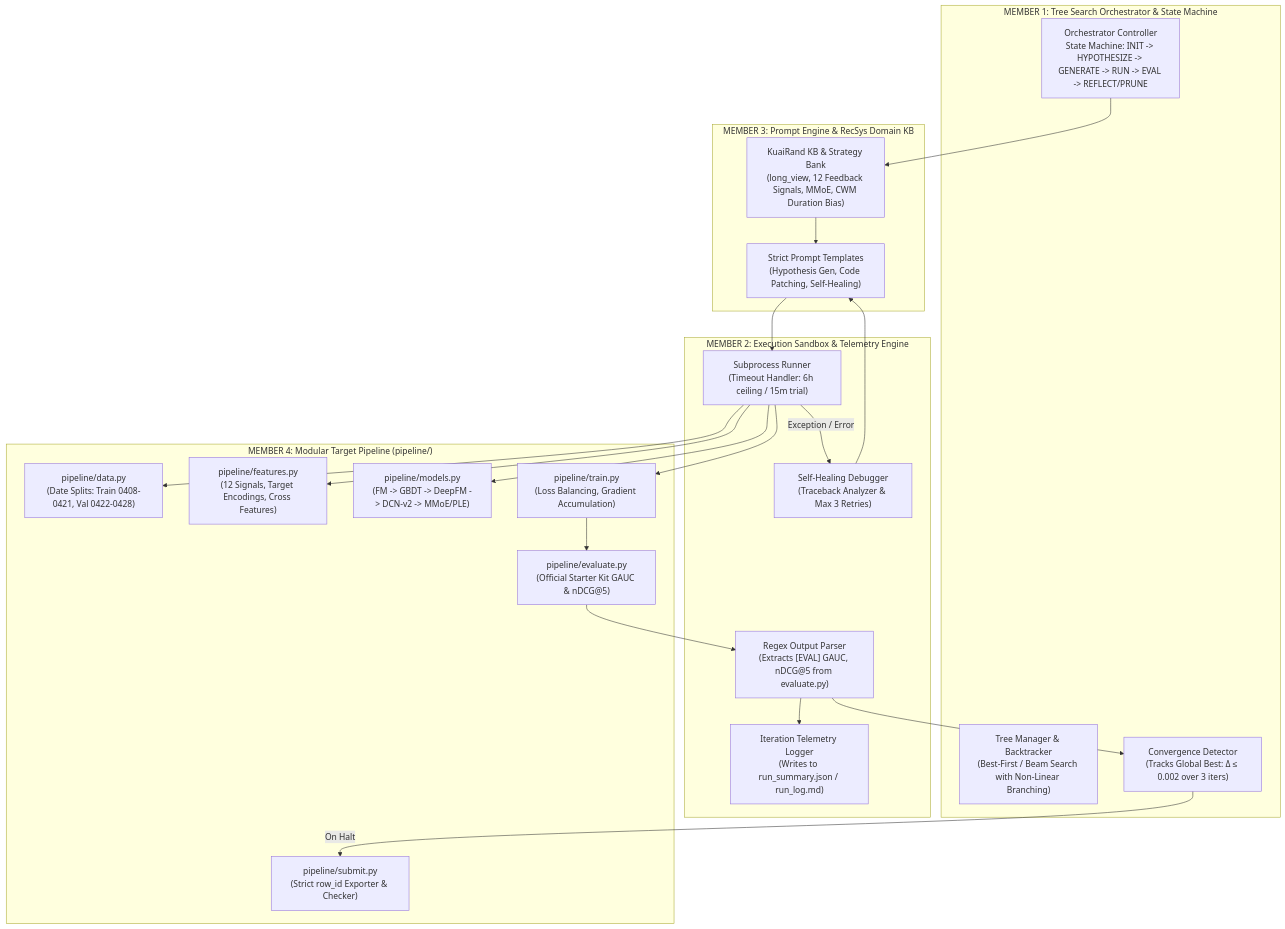
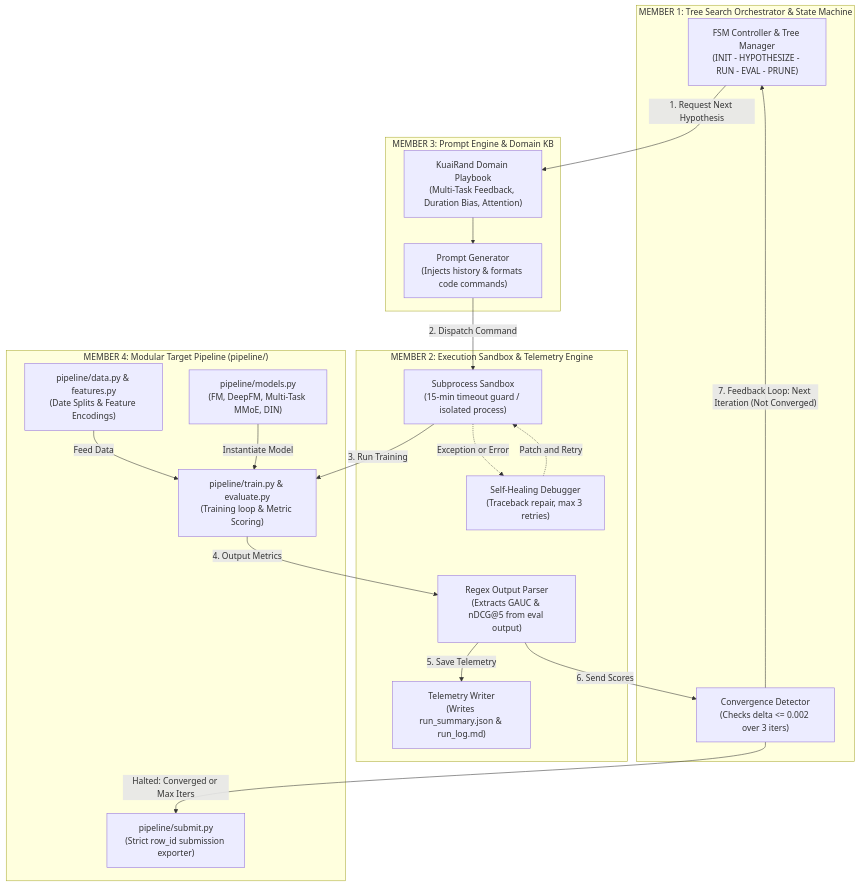
The diagram in docs/ARCHITECTURE_DESIGN.md (albertusashali/RankAgent), drawn with Mermaid before and after one commit. The commit also changed 11 other files, not shown here.

````diff
--- a/docs/ARCHITECTURE_DESIGN.md
+++ b/docs/ARCHITECTURE_DESIGN.md
@@ -13,41 +13,45 @@
 ```mermaid
 graph TD
-    subgraph "MEMBER 1: Tree Search Orchestrator & State Machine"
-        ORCH["Orchestrator Controller<br/>State Machine: INIT -> HYPOTHESIZE -> GENERATE -> RUN -> EVAL -> REFLECT/PRUNE"]
-        TREE["Tree Manager & Backtracker<br/>(Best-First / Beam Search with Non-Linear Branching)"]
-        CONV["Convergence Detector<br/>(Tracks Global Best: Δ ≤ 0.002 over 3 iters)"]
+    subgraph S1["MEMBER 1: Tree Search Orchestrator & State Machine"]
+        ORCH["FSM Controller & Tree Manager<br/>(INIT - HYPOTHESIZE - RUN - EVAL - PRUNE)"]
+        CONV["Convergence Detector<br/>(Checks delta <= 0.002 over 3 iters)"]
     end
 
-    subgraph "MEMBER 3: Prompt Engine & RecSys Domain KB"
-        KB["KuaiRand KB & Strategy Bank<br/>(long_view, 12 Feedback Signals, MMoE, CWM Duration Bias)"]
-        PROMPTS["Strict Prompt Templates<br/>(Hypothesis Gen, Code Patching, Self-Healing)"]
+    subgraph S2["MEMBER 3: Prompt Engine & Domain KB"]
+        KB["KuaiRand Domain Playbook<br/>(Multi-Task Feedback, Duration Bias, Attention)"]
+        PROMPTS["Prompt Generator<br/>(Injects history & formats code commands)"]
     end
 
-    subgraph "MEMBER 2: Execution Sandbox & Telemetry Engine"
-        RUNNER["Subprocess Runner<br/>(Timeout Handler: 6h ceiling / 15m trial)"]
-        PARSER["Regex Output Parser<br/>(Extracts [EVAL] GAUC, nDCG@5 from evaluate.py)"]
-        DEBUGGER["Self-Healing Debugger<br/>(Traceback Analyzer & Max 3 Retries)"]
-        LOGGER["Iteration Telemetry Logger<br/>(Writes to run_summary.json / run_log.md)"]
+    subgraph S3["MEMBER 2: Execution Sandbox & Telemetry Engine"]
+        RUNNER["Subprocess Sandbox<br/>(15-min timeout guard / isolated process)"]
+        PARSER["Regex Output Parser<br/>(Extracts GAUC & nDCG@5 from eval output)"]
+        DEBUGGER["Self-Healing Debugger<br/>(Traceback repair, max 3 retries)"]
+        LOGGER["Telemetry Writer<br/>(Writes run_summary.json & run_log.md)"]
     end
 
-    subgraph "MEMBER 4: Modular Target Pipeline (pipeline/)"
-        DATA["pipeline/data.py<br/>(Date Splits: Train 0408-0421, Val 0422-0428)"]
-        FEAT["pipeline/features.py<br/>(12 Signals, Target Encodings, Cross Features)"]
-        MODELS["pipeline/models.py<br/>(FM -> GBDT -> DeepFM -> DCN-v2 -> MMoE/PLE)"]
-        TRAIN["pipeline/train.py<br/>(Loss Balancing, Gradient Accumulation)"]
-        EVAL["pipeline/evaluate.py<br/>(Official Starter Kit GAUC & nDCG@5)"]
-        SUBMIT["pipeline/submit.py<br/>(Strict row_id Exporter & Checker)"]
+    subgraph S4["MEMBER 4: Modular Target Pipeline (pipeline/)"]
+        DATA["pipeline/data.py & features.py<br/>(Date Splits & Feature Encodings)"]
+        MODELS["pipeline/models.py<br/>(FM, DeepFM, Multi-Task MMoE, DIN)"]
+        TRAIN["pipeline/train.py & evaluate.py<br/>(Training loop & Metric Scoring)"]
+        SUBMIT["pipeline/submit.py<br/>(Strict row_id submission exporter)"]
     end
 
-    ORCH --> KB
+    ORCH -->|1. Request Next Hypothesis| KB
     KB --> PROMPTS
-    PROMPTS --> RUNNER
-    RUNNER --> DATA & FEAT & MODELS & TRAIN
-    TRAIN --> EVAL
-    EVAL --> PARSER
-    PARSER --> CONV
-    PARSER --> LOGGER
-    RUNNER -- "Exception / Error" --> DEBUGGER
-    DEBUGGER --> PROMPTS
-    CONV -- "On Halt" --> SUBMIT
+    PROMPTS -->|2. Dispatch Command| RUNNER
+    
+    RUNNER -->|3. Run Training| TRAIN
+    DATA -->|Feed Data| TRAIN
+    MODELS -->|Instantiate Model| TRAIN
+    
+    TRAIN -->|4. Output Metrics| PARSER
+    PARSER -->|5. Save Telemetry| LOGGER
+    PARSER -->|6. Send Scores| CONV
+    
+    CONV -->|"7. Feedback Loop: Next Iteration (Not Converged)"| ORCH
+    
+    RUNNER -.->|"Exception or Error"| DEBUGGER
+    DEBUGGER -.->|"Patch and Retry"| RUNNER
+    
+    CONV -->|"Halted: Converged or Max Iters"| SUBMIT
 ```
````
